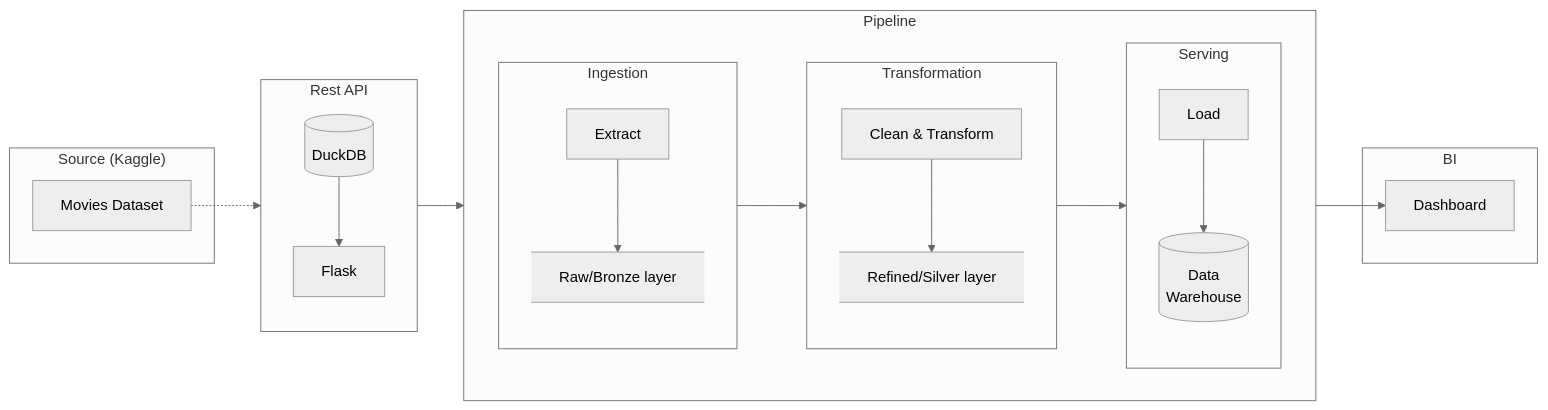
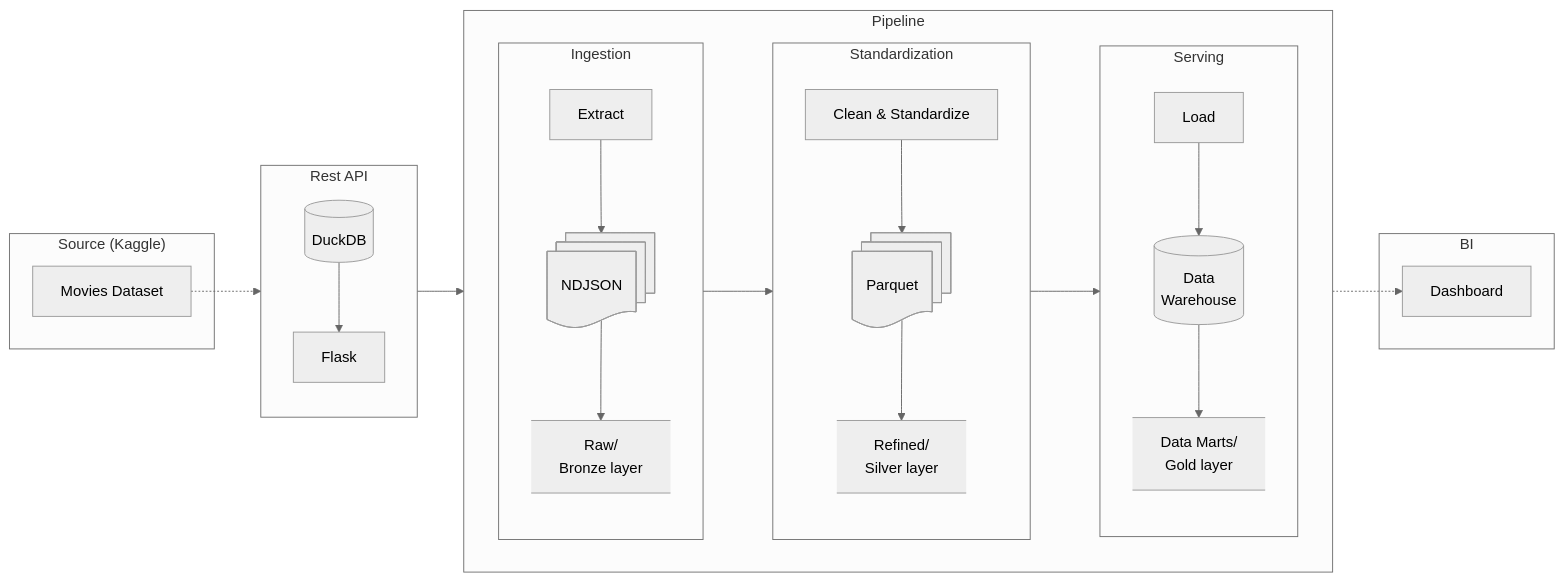
Before and after one commit to QuentinElGuay/portfolio-movies-etl: the diagram in README.md, drawn with Mermaid (neutral theme). The commit also changed other lines of this file, not shown here.

Commit message:
Update the architecture and status sections (#9)
* update the architecture and status sections

* fix typo

* make release history a list

* polish readme

````diff
--- a/README.md
+++ b/README.md
@@ -36,49 +49,58 @@
 ```mermaid
 flowchart LR
     subgraph "Source (Kaggle)"
-        A[Movies Dataset]
+        KAGGLE[Movies Dataset]
     end
 
     subgraph Rest API
         direction TB
-        B[(DuckDB)]
-        C[Flask]
+        DUCKDB[(DuckDB)]
+        API[Flask]
     end
 
     subgraph Pipeline
         direction LR
 
         subgraph Ingestion
             direction TB
-            D["Extract"]
-            E@{shape: datastore, label: "Raw/Bronze layer"}
+            EXTRACT["Extract"]
+            NDJSON@{ shape: docs, label: "NDJSON" }
+            BRONZE@{shape: datastore, label: "Raw/
+            Bronze layer"}
         end
 
-        subgraph Transformation
+        subgraph Standardization
             direction TB
-            F["Clean & Transform"]
-            G@{shape: datastore, label: "Refined/Silver layer"}
+            CLEAN["Clean & Standardize"]
+            PARQUET@{ shape: docs, label: "Parquet" }
+            SILVER@{shape: datastore, label: "Refined/
+            Silver layer"}
         end
 
         subgraph Serving
             direction TB
-            H["Load"]
-            I[(Data
+            LOAD["Load"]
+            DW[(Data
             Warehouse)]
+            GOLD@{shape: datastore, label: "Data Marts/
+            Gold layer"}
         end
     end
 
     subgraph BI
-        J[Dashboard]
+        DASHBOARD[Dashboard]
     end
 
-    A -.-> B
-    B --> C
-    C --> D
-    D --> E
-    E --> F
-    F --> G
-    G --> H
-    H --> I
-    I --> J
+    KAGGLE -.-> DUCKDB
+    DUCKDB --> API
+    API --> EXTRACT
+    EXTRACT --> NDJSON
+    NDJSON --> BRONZE
+    BRONZE --> CLEAN
+    CLEAN --> PARQUET
+    PARQUET --> SILVER
+    SILVER --> LOAD
+    LOAD --> DW
+    DW --> GOLD
+    GOLD -.-> DASHBOARD
 ```
````
